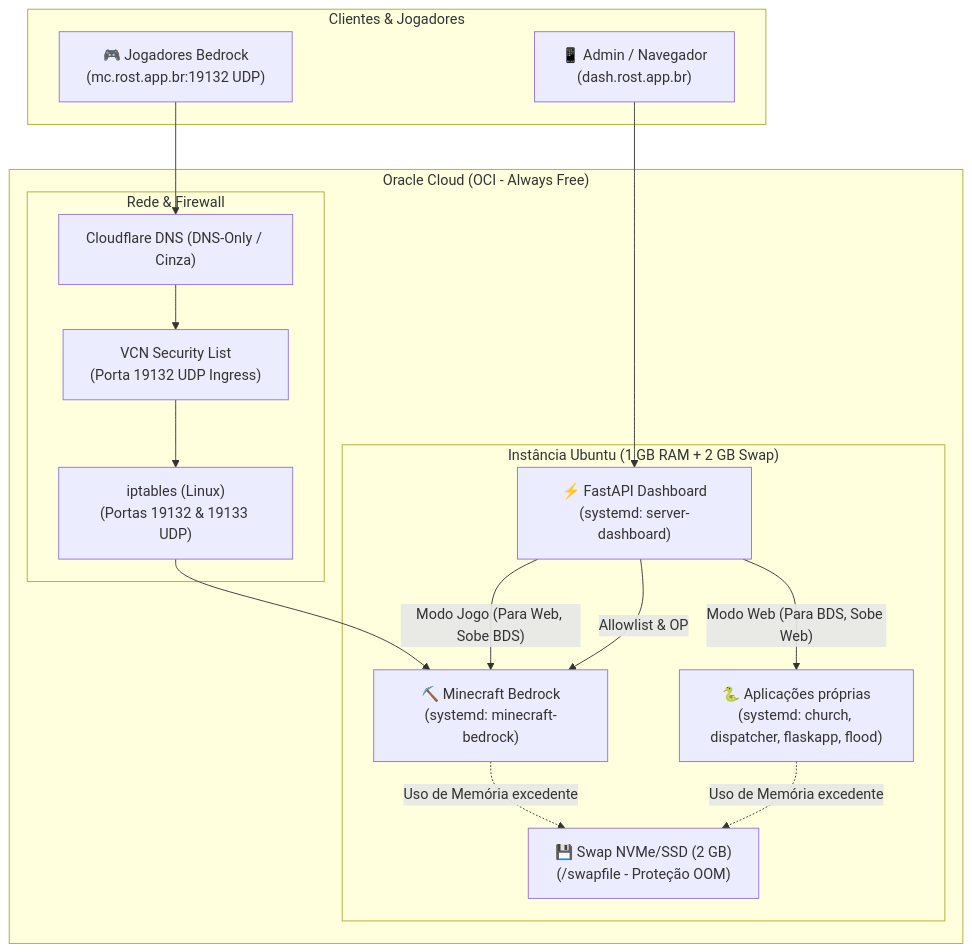
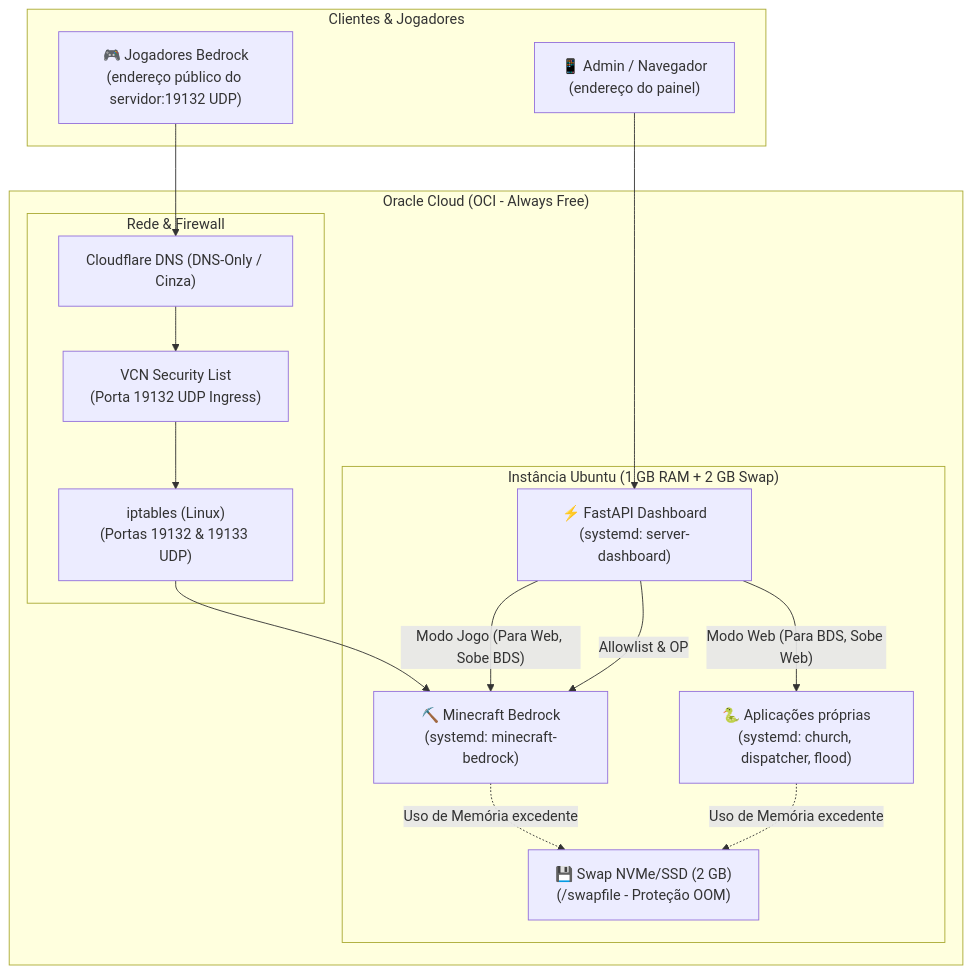
One commit to gabriel-rost/mc-server-dashboard changed the diagram in documentacao.md. Above: the diagram before and after it, drawn with Mermaid. The commit also changed other lines of this file and 8 other files, not shown here.

````diff
--- a/documentacao.md
+++ b/documentacao.md
@@ -11,30 +11,30 @@
 ```mermaid
 flowchart TD
     subgraph Client ["Clientes & Jogadores"]
-        Player["🎮 Jogadores Bedrock\n(mc.rost.app.br:19132 UDP)"]
-        Admin["📱 Admin / Navegador\n(dash.rost.app.br)"]
+        Player["🎮 Jogadores Bedrock\n(endereço público do servidor:19132 UDP)"]
+        Admin["📱 Admin / Navegador\n(endereço do painel)"]
     end
 
     subgraph OCI ["Oracle Cloud (OCI - Always Free)"]
         subgraph Network ["Rede & Firewall"]
             CF["Cloudflare DNS (DNS-Only / Cinza)"]
             SL["VCN Security List\n(Porta 19132 UDP Ingress)"]
             IPT["iptables (Linux)\n(Portas 19132 & 19133 UDP)"]
         end
 
         subgraph Host ["Instância Ubuntu (1 GB RAM + 2 GB Swap)"]
             F岗PI["⚡ FastAPI Dashboard\n(systemd: server-dashboard)"]
             BDS["⛏️ Minecraft Bedrock\n(systemd: minecraft-bedrock)"]
-            WEB["🐍 Aplicações próprias\n(systemd: church, dispatcher, flaskapp, flood)"]
+            WEB["🐍 Aplicações próprias\n(systemd: church, dispatcher, flood)"]
             SWAP["💾 Swap NVMe/SSD (2 GB)\n(/swapfile - Proteção OOM)"]
         end
     end
 
     Player --> CF --> SL --> IPT --> BDS
     Admin --> F岗PI
     F岗PI -- "Modo Jogo (Para Web, Sobe BDS)" --> BDS
     F岗PI -- "Modo Web (Para BDS, Sobe Web)" --> WEB
     F岗PI -- "Allowlist & OP" --> BDS
     BDS -. "Uso de Memória excedente" .-> SWAP
     WEB -. "Uso de Memória excedente" .-> SWAP
 ```
````
